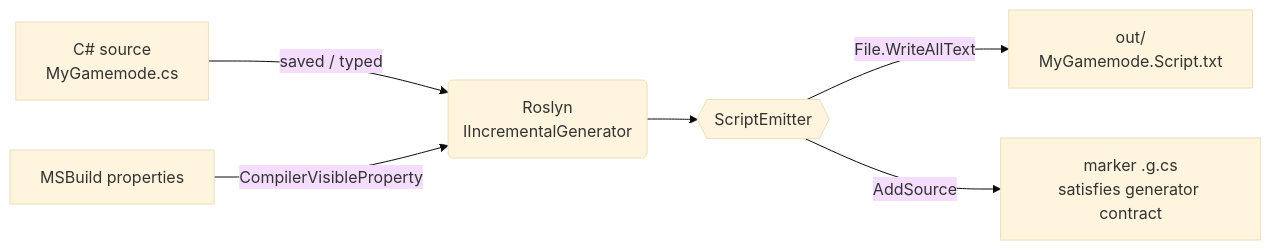
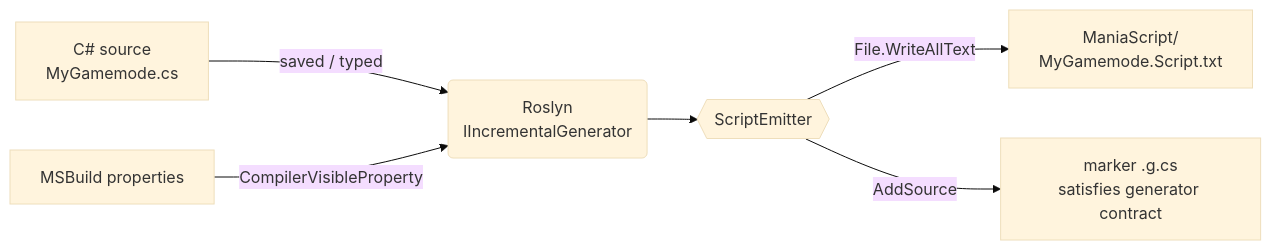
One commit to BigBang1112/maniascript-sharp changed the diagram in README.md. Above: the diagram before and after it, drawn with Mermaid (base theme). The commit also changed other lines of this file and 12 other files, not shown here.

````diff
--- a/README.md
+++ b/README.md
@@ -16,8 +16,8 @@
 ```mermaid
 flowchart LR
     A[C# source<br/>MyGamemode.cs] -->|saved / typed| B(Roslyn<br/>IIncrementalGenerator)
     C[MSBuild properties] -->|CompilerVisibleProperty| B
     B --> D{{ScriptEmitter}}
-    D -->|File.WriteAllText| E[out/<br/>MyGamemode.Script.txt]
+    D -->|File.WriteAllText| E[ManiaScript/<br/>MyGamemode.Script.txt]
     D -->|AddSource| F[marker .g.cs<br/>satisfies generator contract]
 ```
````
